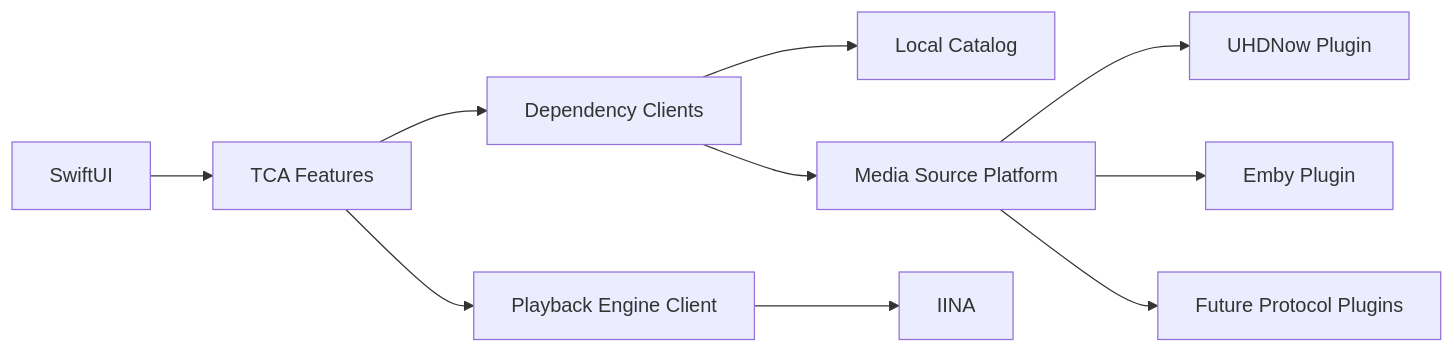
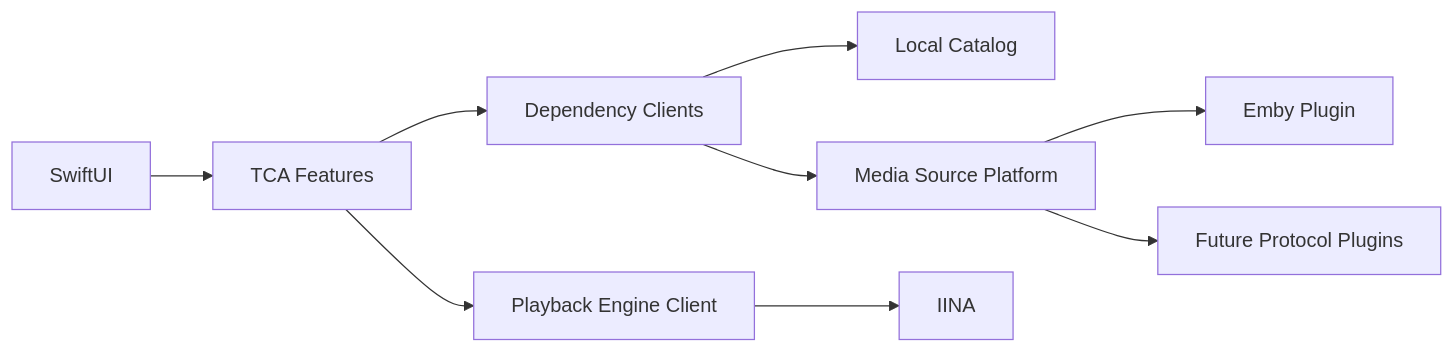
The diagram in docs/architecture.md (SamsonLab/cinelark), drawn with Mermaid before and after one commit. The commit also changed other lines of this file and 41 other files, not shown here.

````diff
--- a/docs/architecture.md
+++ b/docs/architecture.md
@@ -355,12 +350,11 @@
 ```mermaid
 flowchart LR
     Views[SwiftUI] --> Features[TCA Features]
     Features --> Dependencies[Dependency Clients]
     Dependencies --> Catalog[Local Catalog]
     Dependencies --> Platform[Media Source Platform]
-    Platform --> UHD[UHDNow Plugin]
     Platform --> Emby[Emby Plugin]
     Platform --> Future[Future Protocol Plugins]
     Features --> Playback[Playback Engine Client]
     Playback --> IINA[IINA]
 ```
````
